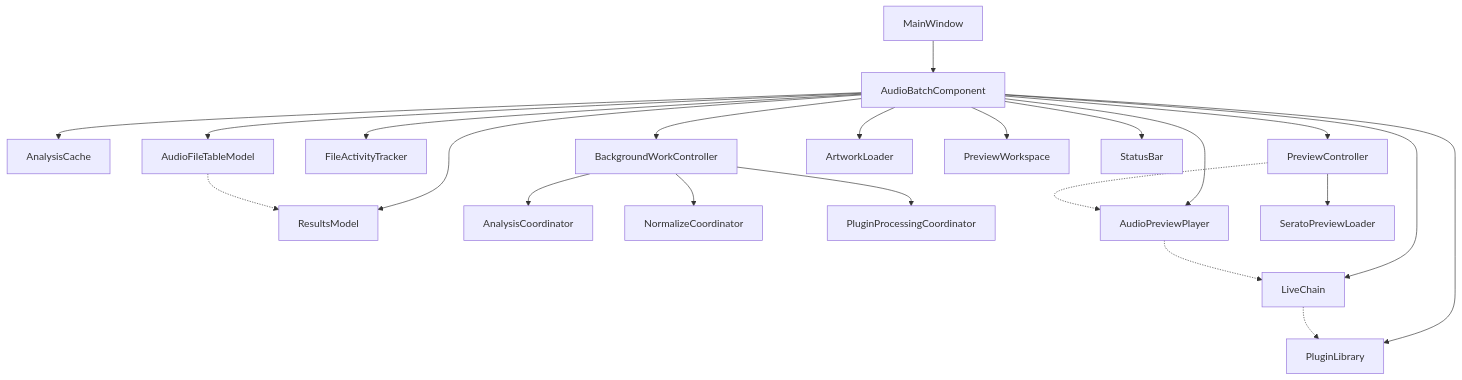
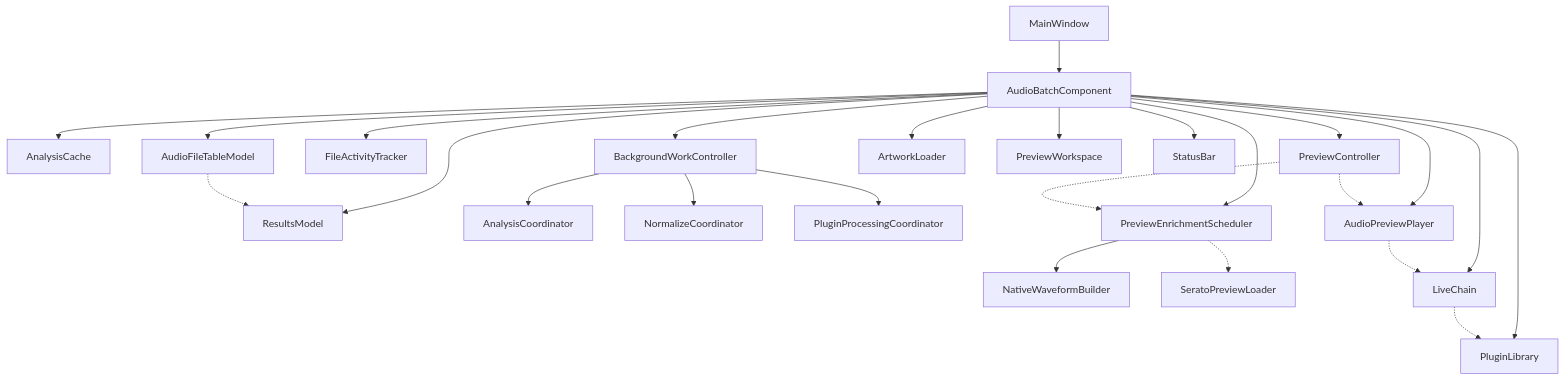
One commit to Esgrove/AudioBatch changed the second of 7 diagrams in cpp/ARCHITECTURE.md. Above: the diagram before and after it, drawn with Mermaid. The commit also changed other lines of this file and 73 other files, not shown here.

````diff
--- a/cpp/ARCHITECTURE.md
+++ b/cpp/ARCHITECTURE.md
@@ -67,24 +67,27 @@
 ```mermaid
 flowchart TD
     MainWindow --> AudioBatchComponent
     AudioBatchComponent --> AnalysisCache
     AudioBatchComponent --> ResultsModel
     AudioBatchComponent --> AudioFileTableModel
     AudioFileTableModel -.-> ResultsModel
     AudioBatchComponent --> FileActivityTracker
     AudioBatchComponent --> BackgroundWorkController
     BackgroundWorkController --> AnalysisCoordinator
     BackgroundWorkController --> NormalizeCoordinator
     BackgroundWorkController --> PluginProcessingCoordinator
     AudioBatchComponent --> AudioPreviewPlayer
     AudioBatchComponent --> PreviewController
     AudioBatchComponent --> ArtworkLoader
-    PreviewController --> SeratoPreviewLoader
+    AudioBatchComponent --> PreviewEnrichmentScheduler
+    PreviewController -.-> PreviewEnrichmentScheduler
+    PreviewEnrichmentScheduler --> NativeWaveformBuilder
+    PreviewEnrichmentScheduler -.-> SeratoPreviewLoader
     PreviewController -.-> AudioPreviewPlayer
     AudioBatchComponent --> PluginLibrary
     AudioBatchComponent --> LiveChain
     LiveChain -.-> PluginLibrary
     AudioPreviewPlayer -.-> LiveChain
     AudioBatchComponent --> PreviewWorkspace
     AudioBatchComponent --> StatusBar
 ```
````
